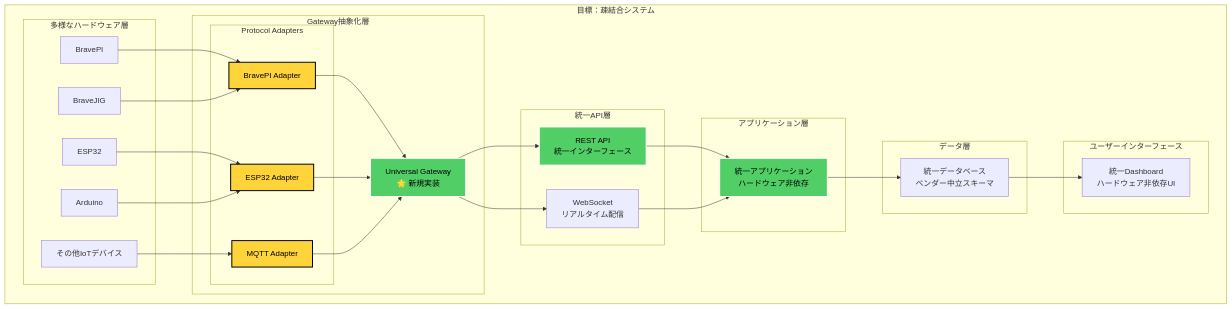
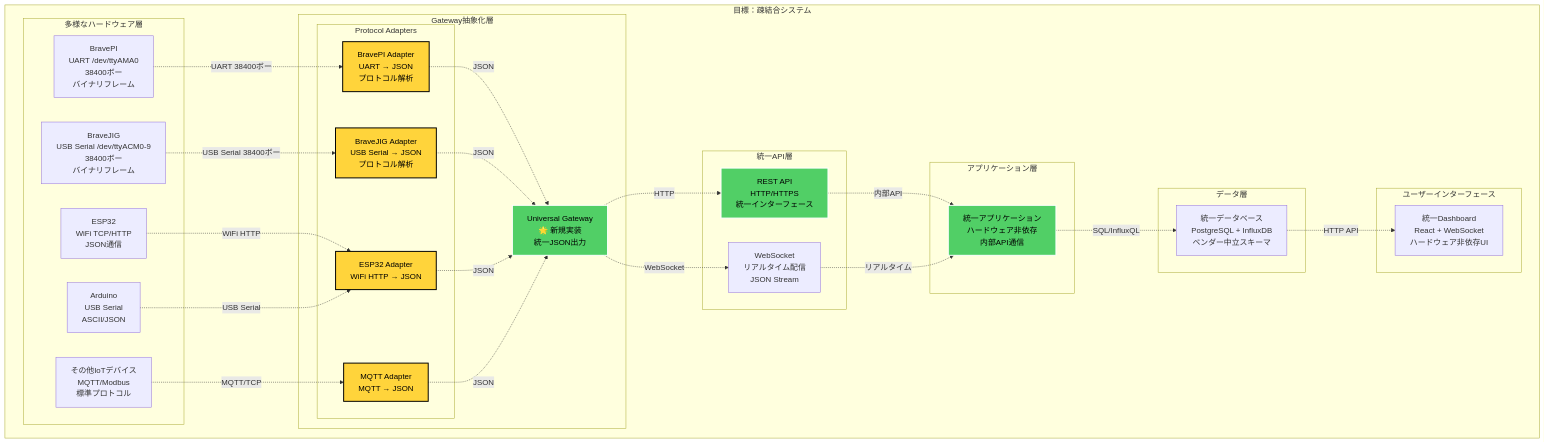
One commit to w-pinkietech/iot4-copy changed the third of 15 diagrams in docs/new-system/architecture/system-overview-diagrams.md. Above: the diagram before and after it, drawn with Mermaid. The commit also changed other lines of this file, not shown here.

Commit message:
docs: Update BravePI/JIG communication protocols in system diagrams
- Add accurate physical communication details:
  - BravePI: UART /dev/ttyAMA0, 38400 baud
  - BraveJIG: USB Serial /dev/ttyACM0-9, 38400 baud
- Detail binary frame structure: Protocol(1)|Type(1)|Length(2)|Timestamp(4)|Device#(8)|Data(n)
- Add message type specifications:
  - 0x00: Normal sensor data
  - 0x01: Downlink response
  - 0x02: JIG information
  - 0x03: Firmware update
  - 0xFF: Error response
- Separate BravePI and BraveJIG drivers with dedicated functionality
- Update hardware driver specification table with accurate details

🤖 Generated with [Claude Code](https://claude.ai/code)

````diff
--- a/docs/new-system/architecture/system-overview-diagrams.md
+++ b/docs/new-system/architecture/system-overview-diagrams.md
@@ -118,64 +118,67 @@
 ```mermaid
 graph TB
     subgraph "目標：疎結合システム"
         subgraph "多様なハードウェア層"
-            BPI[BravePI]
-            BJG[BraveJIG]
-            ESP[ESP32]
-            ARD[Arduino]
-            OTH[その他IoTデバイス]
+            BPI[BravePI<br/>UART /dev/ttyAMA0<br/>38400ボー<br/>バイナリフレーム]
+            BJG[BraveJIG<br/>USB Serial /dev/ttyACM0-9<br/>38400ボー<br/>バイナリフレーム]
+            ESP[ESP32<br/>WiFi TCP/HTTP<br/>JSON通信]
+            ARD[Arduino<br/>USB Serial<br/>ASCII/JSON]
+            OTH[その他IoTデバイス<br/>MQTT/Modbus<br/>標準プロトコル]
         end
         
         subgraph "Gateway抽象化層"
-            GW[Universal Gateway<br/>🌟 新規実装]
+            GW[Universal Gateway<br/>🌟 新規実装<br/>統一JSON出力]
             subgraph "Protocol Adapters"
-                PA1[BravePI Adapter]
-                PA2[ESP32 Adapter]
-                PA3[MQTT Adapter]
+                PA1[BravePI Adapter<br/>UART → JSON<br/>プロトコル解析]
+                PA2[BraveJIG Adapter<br/>USB Serial → JSON<br/>プロトコル解析]
+                PA3[ESP32 Adapter<br/>WiFi HTTP → JSON]
+                PA4[MQTT Adapter<br/>MQTT → JSON]
             end
         end
         
         subgraph "統一API層"
-            API[REST API<br/>統一インターフェース]
-            WS[WebSocket<br/>リアルタイム配信]
+            API[REST API<br/>HTTP/HTTPS<br/>統一インターフェース]
+            WS[WebSocket<br/>リアルタイム配信<br/>JSON Stream]
         end
         
         subgraph "アプリケーション層"
-            APP[統一アプリケーション<br/>ハードウェア非依存]
+            APP[統一アプリケーション<br/>ハードウェア非依存<br/>内部API通信]
         end
         
         subgraph "データ層"
-            DB[統一データベース<br/>ベンダー中立スキーマ]
+            DB[統一データベース<br/>PostgreSQL + InfluxDB<br/>ベンダー中立スキーマ]
         end
         
         subgraph "ユーザーインターフェース"
-            UI[統一Dashboard<br/>ハードウェア非依存UI]
+            UI[統一Dashboard<br/>React + WebSocket<br/>ハードウェア非依存UI]
         end
     end
     
-    BPI --> PA1
-    BJG --> PA1
-    ESP --> PA2
-    ARD --> PA2
-    OTH --> PA3
+    BPI -.->|UART 38400ボー| PA1
+    BJG -.->|USB Serial 38400ボー| PA2
+    ESP -.->|WiFi HTTP| PA3
+    ARD -.->|USB Serial| PA3
+    OTH -.->|MQTT/TCP| PA4
     
-    PA1 --> GW
-    PA2 --> GW
-    PA3 --> GW
+    PA1 -.->|JSON| GW
+    PA2 -.->|JSON| GW
+    PA3 -.->|JSON| GW
+    PA4 -.->|JSON| GW
     
-    GW --> API
-    GW --> WS
+    GW -.->|HTTP| API
+    GW -.->|WebSocket| WS
     
-    API --> APP
-    WS --> APP
+    API -.->|内部API| APP
+    WS -.->|リアルタイム| APP
     
-    APP --> DB
-    DB --> UI
+    APP -.->|SQL/InfluxQL| DB
+    DB -.->|HTTP API| UI
     
     style GW fill:#51cf66,stroke:#fff,stroke-width:2px,color:#000
     style API fill:#51cf66,stroke:#fff,stroke-width:2px,color:#000
     style APP fill:#51cf66,stroke:#fff,stroke-width:2px,color:#000
     style PA1 fill:#ffd43b,stroke:#000,stroke-width:2px,color:#000
     style PA2 fill:#ffd43b,stroke:#000,stroke-width:2px,color:#000
     style PA3 fill:#ffd43b,stroke:#000,stroke-width:2px,color:#000
+    style PA4 fill:#ffd43b,stroke:#000,stroke-width:2px,color:#000
 ```
````
